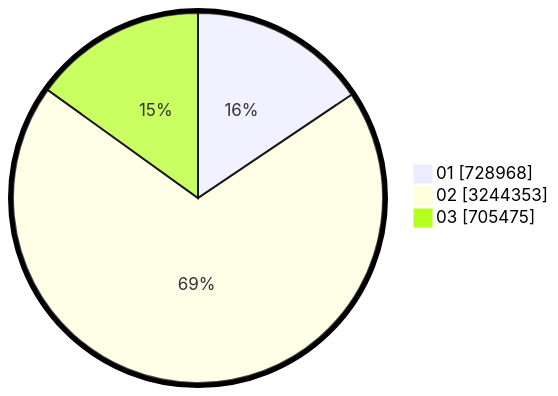
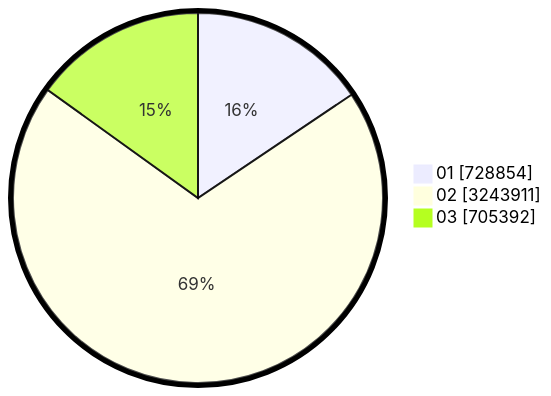
The second of 2 diagrams in pilpres/hitung-suara/sub/table-wilayah-18.md (gigit-pemilu/pemilu-2024), drawn with Mermaid before and after one commit. The commit also changed other lines of this file and 12 other files, not shown here.

````diff
--- a/pilpres/hitung-suara/sub/table-wilayah-18.md
+++ b/pilpres/hitung-suara/sub/table-wilayah-18.md
@@ -15,7 +15,7 @@
 ```mermaid
 %%{init: {"pie": {"textPosition": 0.5}, "themeVariables": {"pieOuterStrokeWidth": "5px"}} }%%
 pie showData
-    "01" : 728968
-    "02" : 3244353
-    "03" : 705475
+    "01" : 728854
+    "02" : 3243911
+    "03" : 705392
 ```
````
